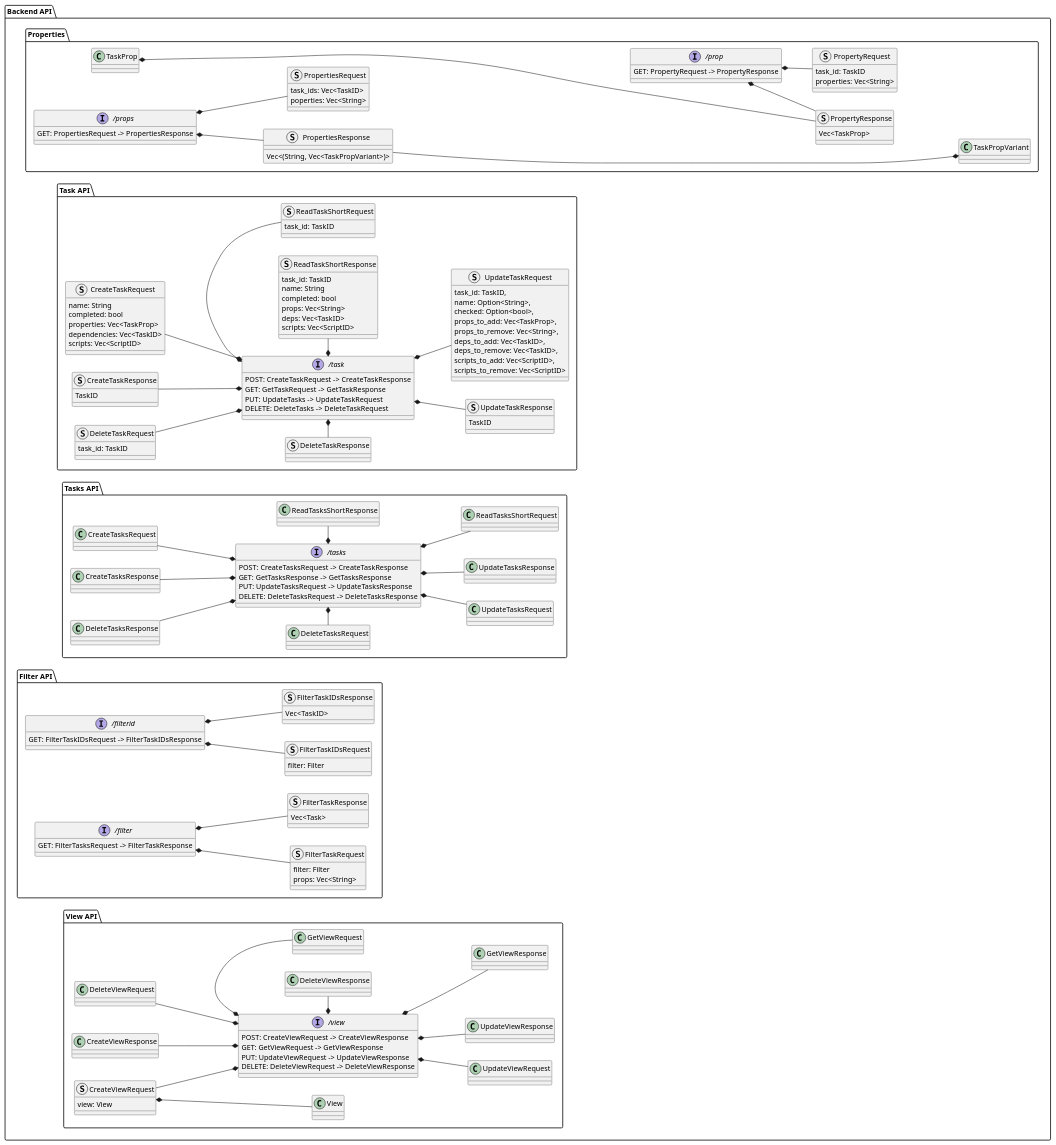
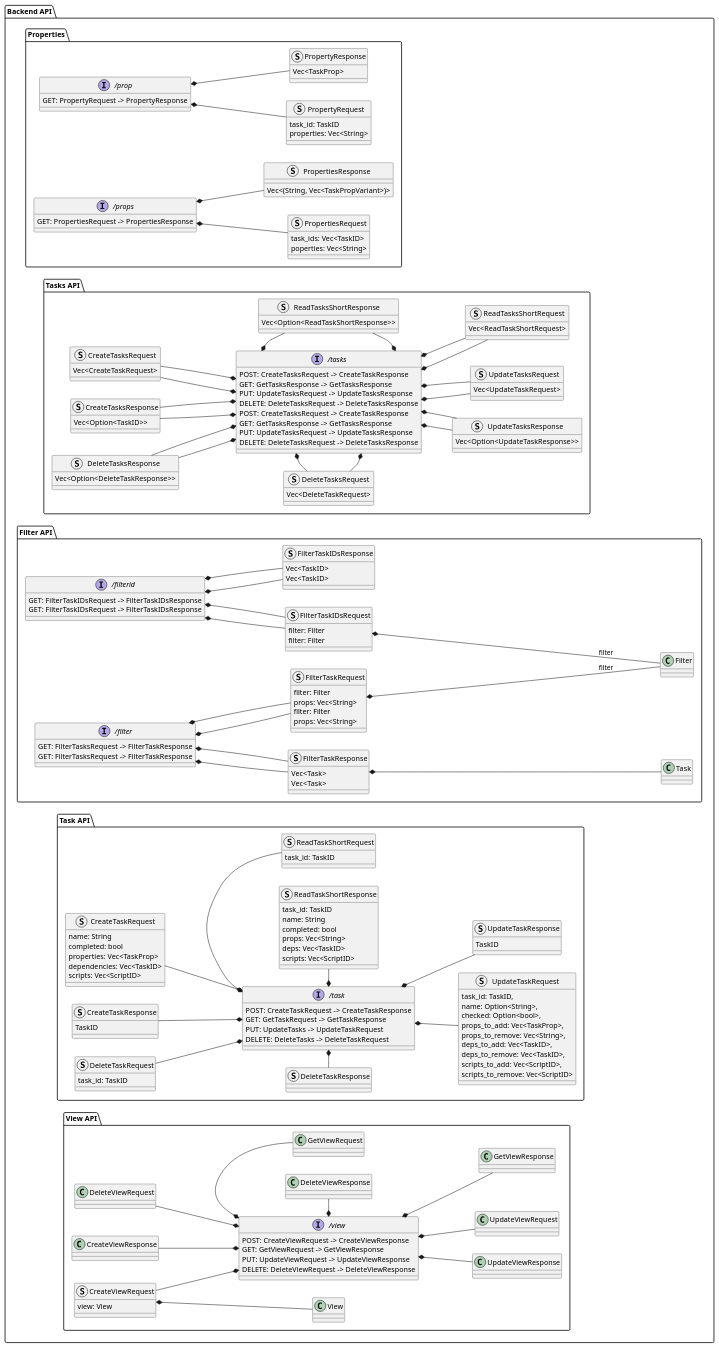
The fourth of 4 diagrams in design/middleware.puml (knoxy5467/a-better-notion), drawn with PlantUML before and after one commit. The commit also changed 1 other file, not shown here.

```diff
--- a/design/middleware.puml
+++ b/design/middleware.puml
@@ -133,35 +133,111 @@
 @startuml "backend_api"
 left to right direction
 package "Backend API" {
-		package "Properties" {
-			interface "/prop" as prop_api {
-				GET: PropertyRequest -> PropertyResponse 
-			}
-			interface "/props" as props_api {
-				GET: PropertiesRequest -> PropertiesResponse
-			}
-			struct PropertyRequest {
-				task_id: TaskID
-				properties: Vec<String>
-			}
-			struct PropertyResponse {
-				Vec<TaskProp>
-			}
-			TaskProp *------ PropertyResponse 
-			struct PropertiesRequest {
-				task_ids: Vec<TaskID>
-				poperties: Vec<String>
-			}
-			struct PropertiesResponse {
-				Vec<(String, Vec<TaskPropVariant>)>
-			}
-			PropertiesResponse -------* TaskPropVariant
-			prop_api *-- PropertyRequest
-			prop_api *-- PropertyResponse
-			props_api *-- PropertiesRequest
-			props_api *-- PropertiesResponse
+	package "Properties" {
+		interface "/prop" as prop_api {
+			GET: PropertyRequest -> PropertyResponse 
 		}
+		interface "/props" as props_api {
+			GET: PropertiesRequest -> PropertiesResponse
+		}
+		struct PropertyRequest {
+			task_id: TaskID
+			properties: Vec<String>
+		}
+		struct PropertyResponse {
+			Vec<TaskProp>
+		}
+		struct PropertiesRequest {
+			task_ids: Vec<TaskID>
+			poperties: Vec<String>
+		}
+		struct PropertiesResponse {
+			Vec<(String, Vec<TaskPropVariant>)>
+		}
+		prop_api *-- PropertyRequest
+		prop_api *-- PropertyResponse
+		props_api *-- PropertiesRequest
+		props_api *-- PropertiesResponse
+	}
+	
+		
+	package "Tasks API" {
+
+		interface "/tasks" as tasks_api {
+			POST: CreateTasksRequest -> CreateTaskResponse
+			GET: GetTasksResponse -> GetTasksResponse
+			PUT: UpdateTasksRequest -> UpdateTasksResponse
+			DELETE: DeleteTasksRequest -> DeleteTasksResponse
+		}
+		struct CreateTasksRequest {
+			Vec<CreateTaskRequest>
+		}
+		struct CreateTasksResponse {
+			Vec<Option<TaskID>>
+		}
+		struct ReadTasksShortRequest {
+			Vec<ReadTaskShortRequest>
+		}
+		struct ReadTasksShortResponse {
+			Vec<Option<ReadTaskShortResponse>>
+		}
+		struct UpdateTasksRequest {
+			Vec<UpdateTaskRequest>
+		}
+		struct UpdateTasksResponse {
+			Vec<Option<UpdateTaskResponse>>
+		}
+		struct DeleteTasksRequest {
+			Vec<DeleteTaskRequest>
+		}
+		struct DeleteTasksResponse {
+			Vec<Option<DeleteTaskResponse>>
+		}
+		ReadTasksShortRequest -[hidden]u- ReadTasksShortResponse
+		DeleteTasksRequest -[hidden]u- DeleteTasksResponse
+		tasks_api *-u- CreateTasksRequest
+		tasks_api *-u- CreateTasksResponse
+		tasks_api *-r- ReadTasksShortRequest 
+		tasks_api *-r- ReadTasksShortResponse 
+		tasks_api *-d- UpdateTasksRequest
+		tasks_api *-d- UpdateTasksResponse
+		tasks_api *-l- DeleteTasksRequest 
+		tasks_api *-l- DeleteTasksResponse
+	}
+	package "Filter API" {
+		struct "FilterTaskIDsRequest" {
+			filter: Filter
+		}
+		FilterTaskIDsRequest *---- Filter : filter
+		struct "FilterTaskIDsResponse" {
+			Vec<TaskID>
+		}
+		struct "FilterTaskRequest" {
+			filter: Filter
+			props: Vec<String>
+		}
+		FilterTaskRequest *---- Filter : filter
+
+		struct "FilterTaskResponse" {
+			Vec<Task>
+		}
+		FilterTaskResponse *---- Task
+
+		interface "/filterid" as filterid_api {
+			GET: FilterTaskIDsRequest -> FilterTaskIDsResponse
+		}
+		interface "/filter" as filter_api {
+			GET: FilterTasksRequest -> FilterTaskResponse
+		}
+
+		filter_api *-d- FilterTaskRequest
+		filter_api *-d- FilterTaskResponse
+
+		filterid_api *-d- FilterTaskIDsRequest
+		filterid_api *-d- FilterTaskIDsResponse
+	}
 	package "Task API" {
+
 		'POST
 		struct "CreateTaskRequest" {
 			name: String
```
